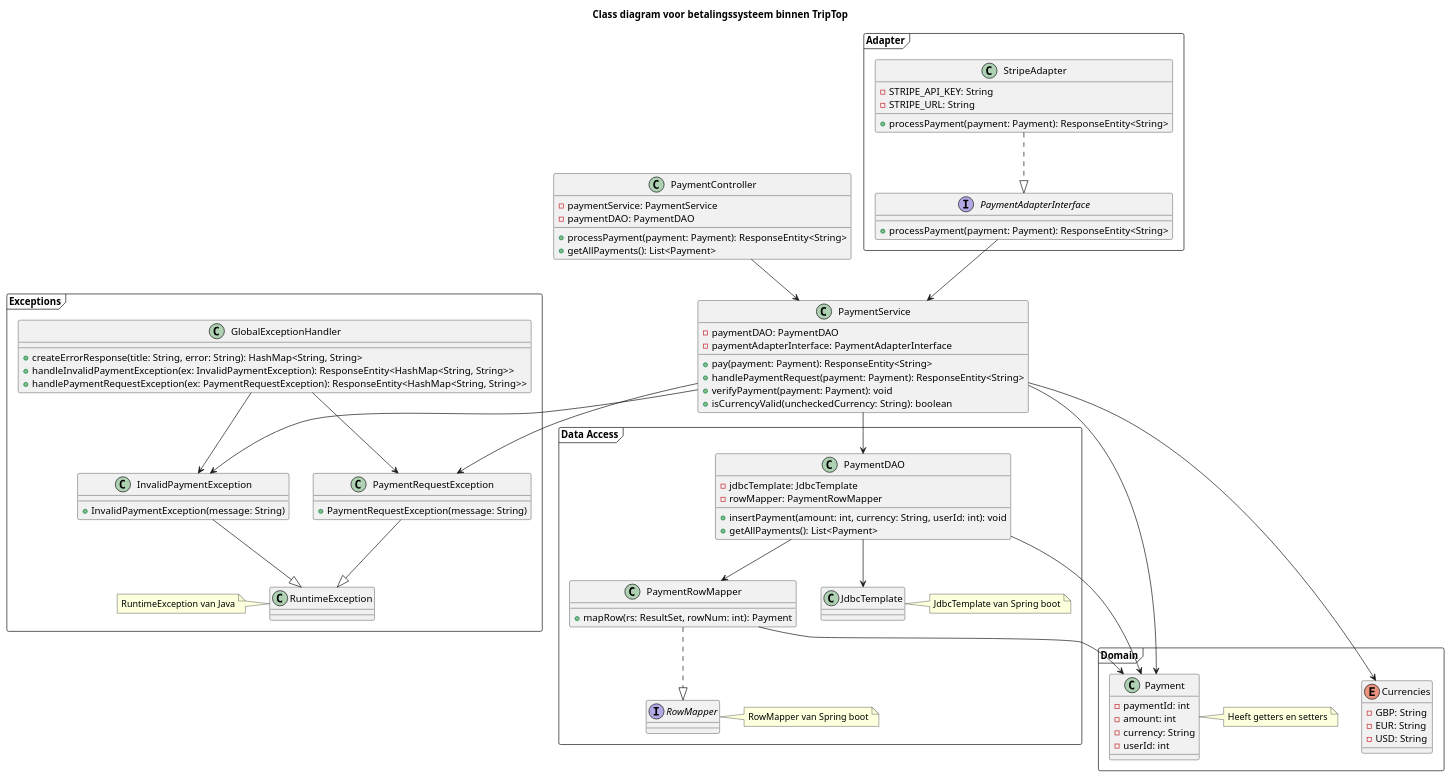
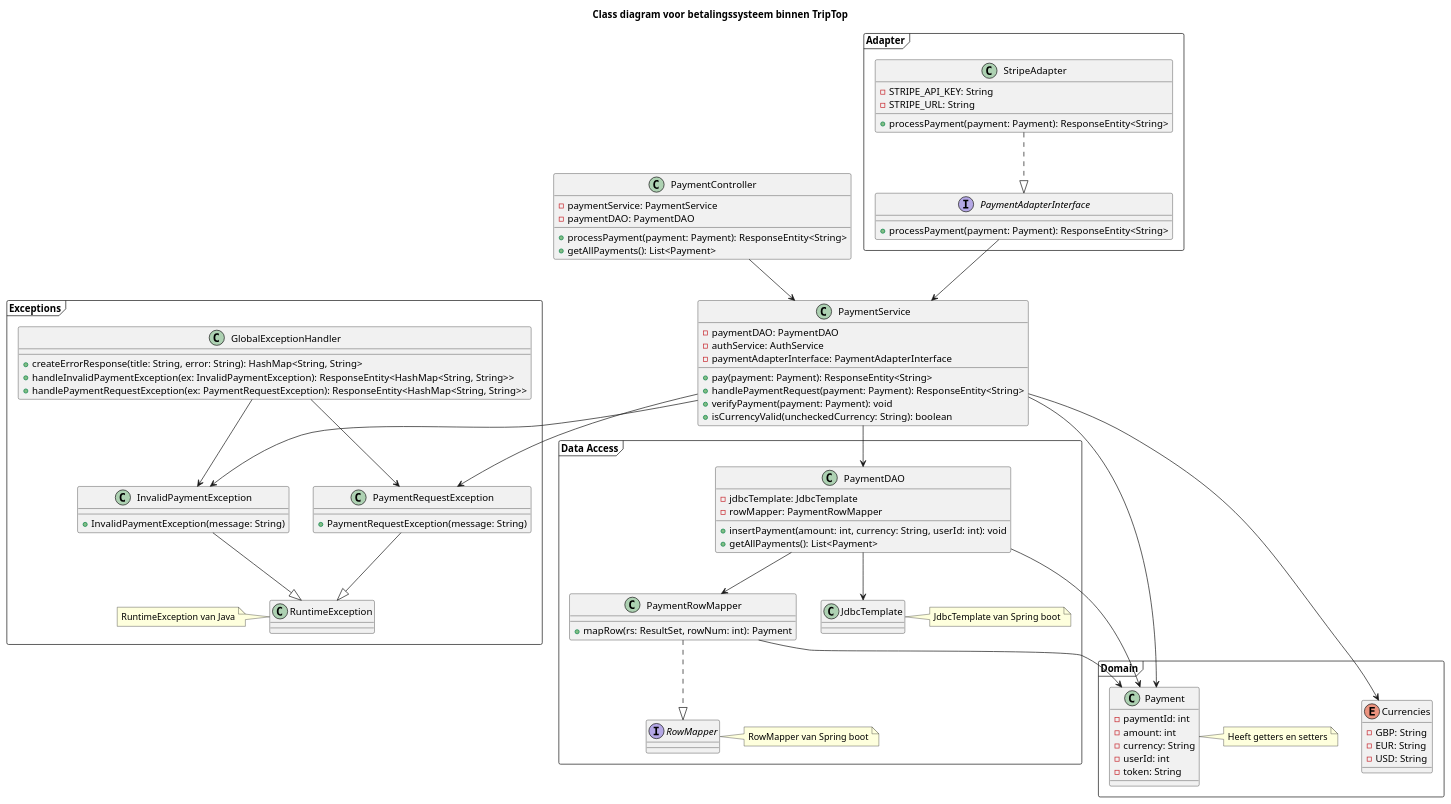
Before and after one commit to AIM-ENE-feb25/triptop-groep-b6: the diagram in gemaakte-werk-daniel/diagrammen/class-diagram-adapter.puml, drawn with PlantUML. The commit also changed 2 other files, not shown here.

Commit message:
Updated diagram + removed TODO's

```diff
--- a/gemaakte-werk-daniel/diagrammen/class-diagram-adapter.puml
+++ b/gemaakte-werk-daniel/diagrammen/class-diagram-adapter.puml
@@ -1,127 +1,127 @@
 @startuml
 
 title Class diagram voor betalingssysteem binnen TripTop
 
 frame "Domain" {
     Class Payment {
         - paymentId: int
         - amount: int
         - currency: String
         - userId: int
+        - token: String
     }
     note right of Payment
         Heeft getters en setters
     end note
 
     Enum Currencies {
         - GBP: String
         - EUR: String
         - USD: String
     }
 }
 
 
 frame "Data Access" {
     Class PaymentDAO {
         - jdbcTemplate: JdbcTemplate
         - rowMapper: PaymentRowMapper
         + insertPayment(amount: int, currency: String, userId: int): void
         + getAllPayments(): List<Payment>
     }
 
     Class PaymentRowMapper {
         + mapRow(rs: ResultSet, rowNum: int): Payment
     }
 
     Interface RowMapper {
 
     }
     note right of RowMapper
         RowMapper van Spring boot
     end note
 
     Class JdbcTemplate {
 
     }
     note right of JdbcTemplate
         JdbcTemplate van Spring boot
     end note
 }
 
-
-
 frame "Exceptions" {
     Class InvalidPaymentException {
         + InvalidPaymentException(message: String)
     }
 
     Class PaymentRequestException {
         + PaymentRequestException(message: String)
     }
 
     Class GlobalExceptionHandler {
         + createErrorResponse(title: String, error: String): HashMap<String, String>
         + handleInvalidPaymentException(ex: InvalidPaymentException): ResponseEntity<HashMap<String, String>>
         + handlePaymentRequestException(ex: PaymentRequestException): ResponseEntity<HashMap<String, String>>
     }
 
     Class RuntimeException {
 
     }
     note left of RuntimeException
         RuntimeException van Java
     end note
 
 }
 
 class PaymentController {
     - paymentService: PaymentService
     - paymentDAO: PaymentDAO
     + processPayment(payment: Payment): ResponseEntity<String>
     + getAllPayments(): List<Payment>
 }
 
 Class PaymentService {
     - paymentDAO: PaymentDAO
+    - authService: AuthService
     - paymentAdapterInterface: PaymentAdapterInterface
     + pay(payment: Payment): ResponseEntity<String>
     + handlePaymentRequest(payment: Payment): ResponseEntity<String>
     + verifyPayment(payment: Payment): void
     + isCurrencyValid(uncheckedCurrency: String): boolean
 }
 frame "Adapter" {
     Class StripeAdapter {
         - STRIPE_API_KEY: String
         - STRIPE_URL: String
         + processPayment(payment: Payment): ResponseEntity<String>
     }
 
 
     Interface PaymentAdapterInterface {
         + processPayment(payment: Payment): ResponseEntity<String>
     }
 }
 
 
 PaymentController --> PaymentService
 PaymentService --> Payment
 PaymentAdapterInterface --> PaymentService  
 ' PaymentService -->  PaymentAdapterInterface
 
 PaymentService --> PaymentDAO
 PaymentService --> Currencies
 PaymentService --> InvalidPaymentException
 PaymentService --> PaymentRequestException
 GlobalExceptionHandler --> InvalidPaymentException
 GlobalExceptionHandler --> PaymentRequestException
 InvalidPaymentException --|> RuntimeException
 PaymentRequestException --|> RuntimeException
 PaymentDAO --> PaymentRowMapper
 PaymentDAO --> JdbcTemplate
 PaymentDAO --> Payment
 PaymentRowMapper --> Payment
 PaymentRowMapper ..|> RowMapper
 StripeAdapter ..|> PaymentAdapterInterface
 ' PaymentRepository ..|> CRUDrepository
 
 @enduml
```
